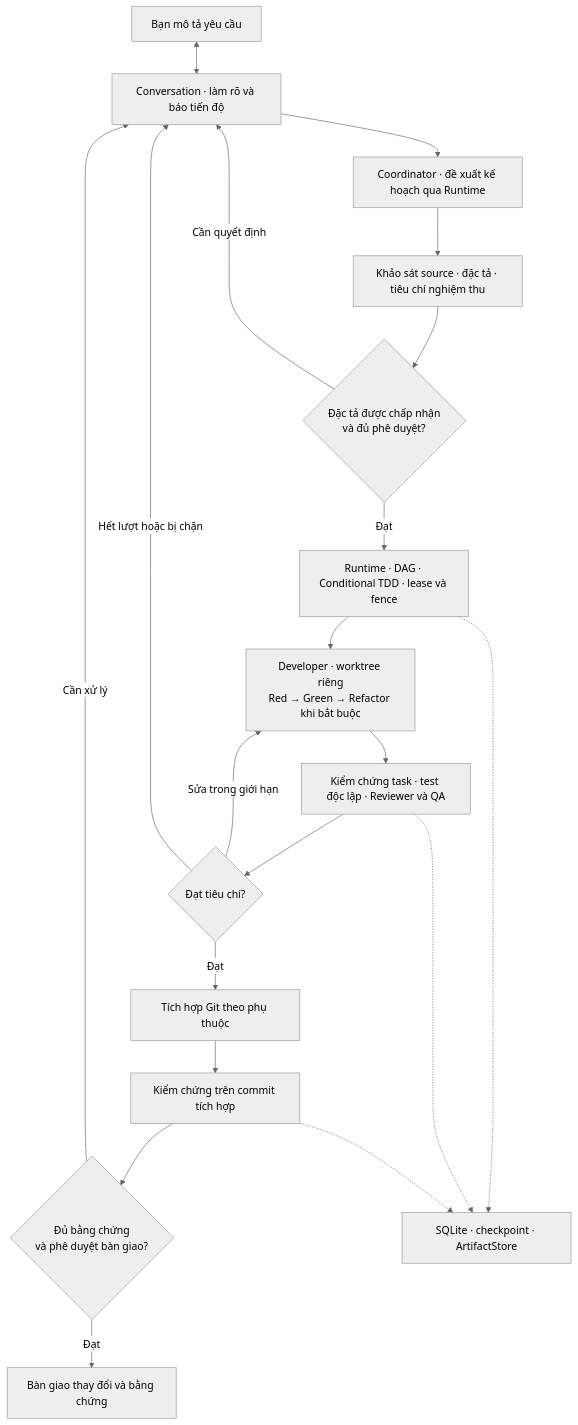
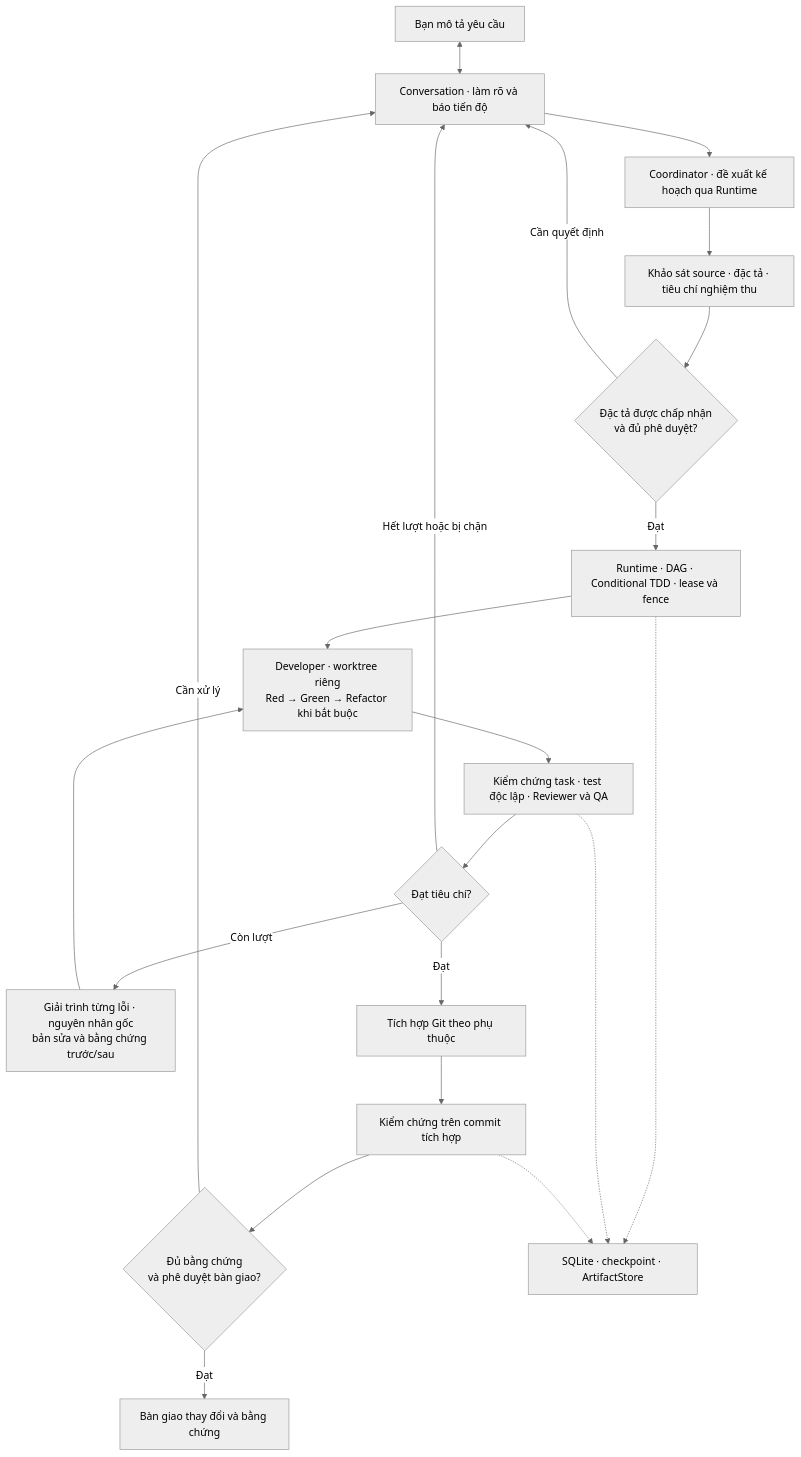
Before and after one commit to qxbao/bflow: the diagram in README.md, drawn with Mermaid (neutral theme). The commit also changed other lines of this file and 26 other files, not shown here.

````diff
--- a/README.md
+++ b/README.md
@@ -104,22 +104,23 @@
 ```mermaid
 flowchart TD
     U["Bạn mô tả yêu cầu"] <--> C["Conversation · làm rõ và báo tiến độ"]
     C --> K["Coordinator · đề xuất kế hoạch qua Runtime"]
     K --> S["Khảo sát source · đặc tả · tiêu chí nghiệm thu"]
     S --> A{"Đặc tả được chấp nhận<br/>và đủ phê duyệt?"}
     A -->|Cần quyết định| C
     A -->|Đạt| R["Runtime · DAG · Conditional TDD · lease và fence"]
     R --> D["Developer · worktree riêng<br/>Red → Green → Refactor khi bắt buộc"]
     D --> V["Kiểm chứng task · test độc lập · Reviewer và QA"]
     V --> Q{"Đạt tiêu chí?"}
-    Q -->|Sửa trong giới hạn| D
+    Q -->|Còn lượt| X["Giải trình từng lỗi · nguyên nhân gốc<br/>bản sửa và bằng chứng trước/sau"]
+    X --> D
     Q -->|Hết lượt hoặc bị chặn| C
     Q -->|Đạt| G["Tích hợp Git theo phụ thuộc"]
     G --> W["Kiểm chứng trên commit tích hợp"]
     W --> H{"Đủ bằng chứng<br/>và phê duyệt bàn giao?"}
     H -->|Cần xử lý| C
     H -->|Đạt| F["Bàn giao thay đổi và bằng chứng"]
     R -.-> E["SQLite · checkpoint · ArtifactStore"]
     V -.-> E
     W -.-> E
 ```
````
